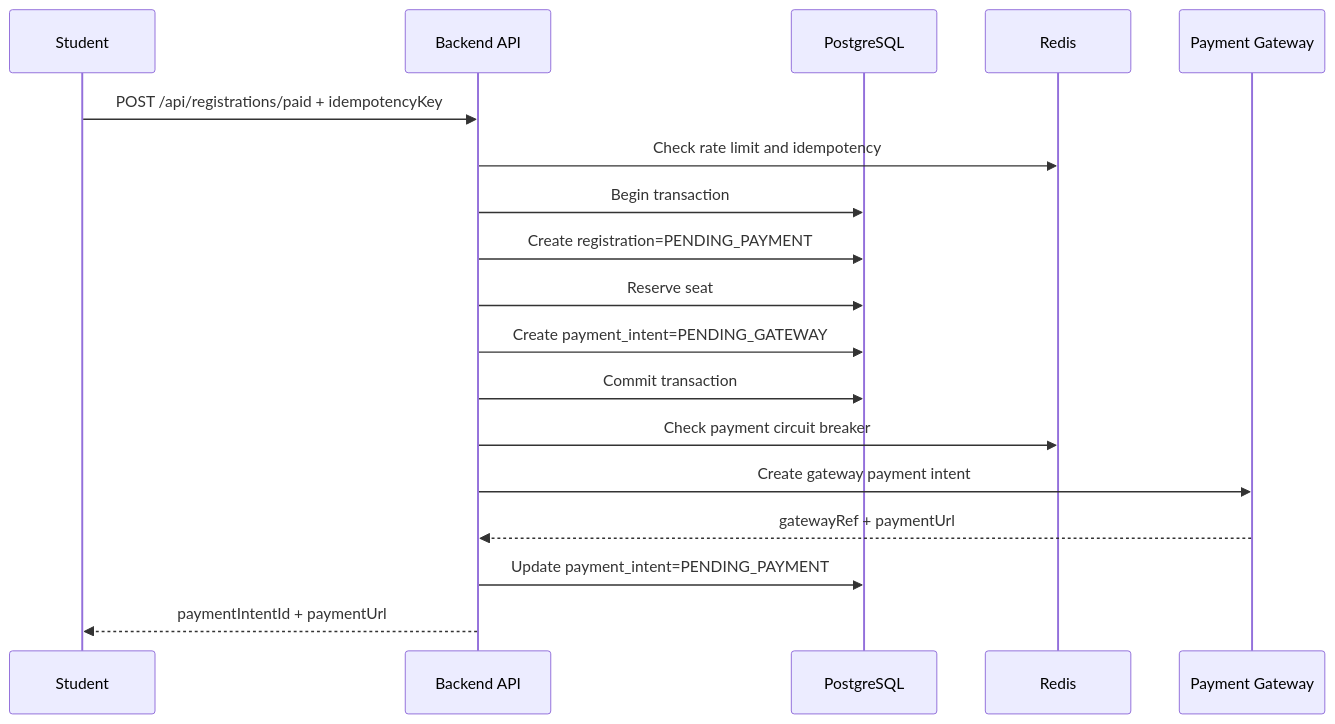
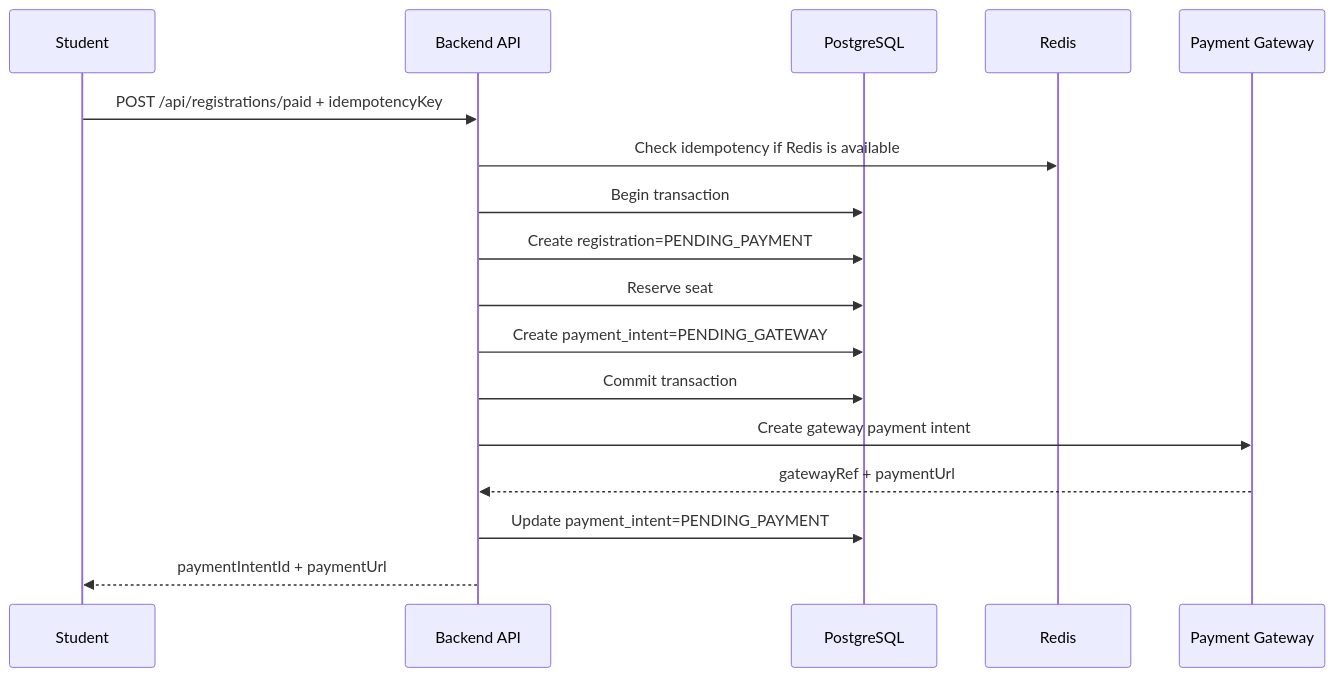
One commit to NguyenThanhTien539/unihub-workshop-system changed the first of 6 diagrams in blueprint/specs/payment.md. Above: the diagram before and after it, drawn with Mermaid. The commit also changed other lines of this file and 8 other files, not shown here.

````diff
--- a/blueprint/specs/payment.md
+++ b/blueprint/specs/payment.md
@@ -58,21 +56,20 @@
 ```mermaid
 sequenceDiagram
     participant S as Student
     participant API as Backend API
     participant DB as PostgreSQL
     participant Redis as Redis
     participant P as Payment Gateway
 
     S->>API: POST /api/registrations/paid + idempotencyKey
-    API->>Redis: Check rate limit and idempotency
+    API->>Redis: Check idempotency if Redis is available
     API->>DB: Begin transaction
     API->>DB: Create registration=PENDING_PAYMENT
     API->>DB: Reserve seat
     API->>DB: Create payment_intent=PENDING_GATEWAY
     API->>DB: Commit transaction
-    API->>Redis: Check payment circuit breaker
     API->>P: Create gateway payment intent
     P-->>API: gatewayRef + paymentUrl
     API->>DB: Update payment_intent=PENDING_PAYMENT
     API-->>S: paymentIntentId + paymentUrl
 ```
````
